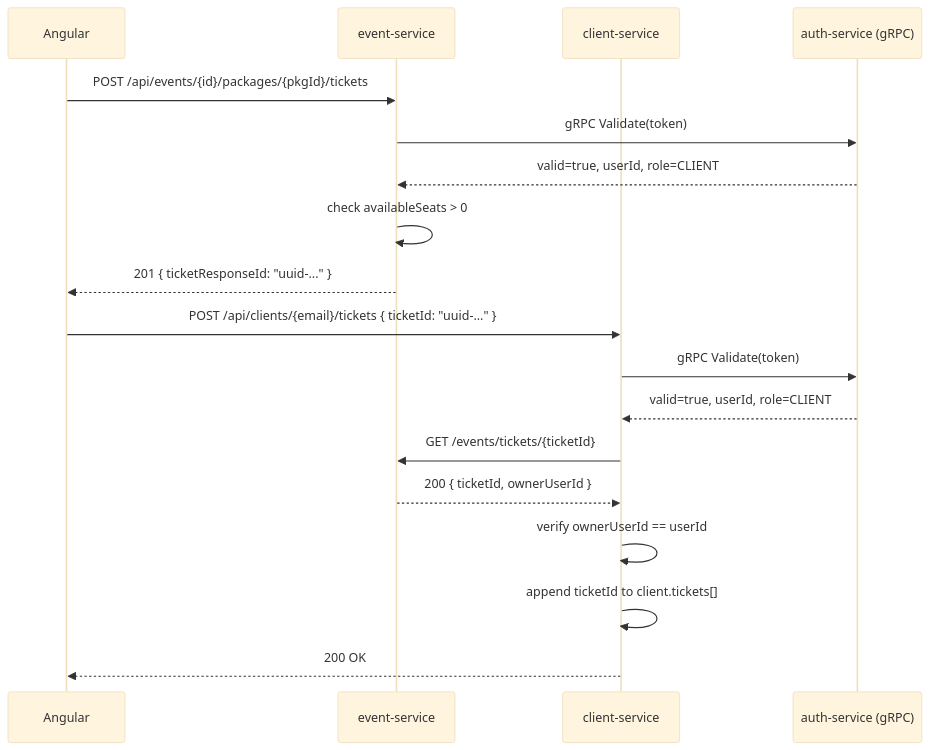
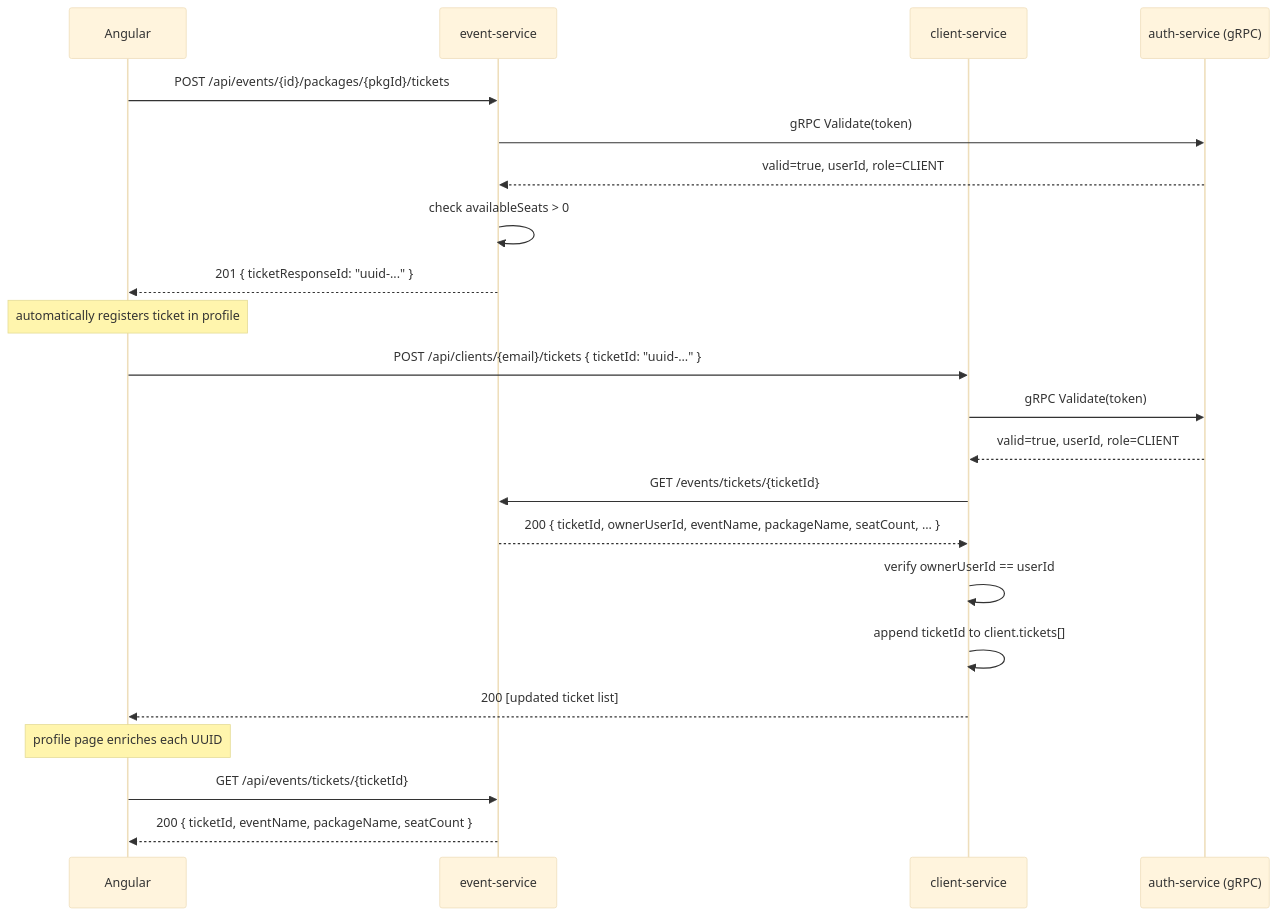
The second of 3 diagrams in README.md (VladLunca/event-platform), drawn with Mermaid (base theme) before and after one commit. The commit also changed other lines of this file, not shown here.

````diff
--- a/README.md
+++ b/README.md
@@ -89,22 +89,29 @@
 ```mermaid
 sequenceDiagram
     participant A as Angular
     participant ES as event-service
     participant CS as client-service
     participant AS as auth-service (gRPC)
 
     A->>ES: POST /api/events/{id}/packages/{pkgId}/tickets
     ES->>AS: gRPC Validate(token)
     AS-->>ES: valid=true, userId, role=CLIENT
     ES->>ES: check availableSeats > 0
     ES-->>A: 201 { ticketResponseId: "uuid-..." }
 
+    Note over A: automatically registers ticket in profile
+
     A->>CS: POST /api/clients/{email}/tickets { ticketId: "uuid-..." }
     CS->>AS: gRPC Validate(token)
     AS-->>CS: valid=true, userId, role=CLIENT
     CS->>ES: GET /events/tickets/{ticketId}
-    ES-->>CS: 200 { ticketId, ownerUserId }
+    ES-->>CS: 200 { ticketId, ownerUserId, eventName, packageName, seatCount, ... }
     CS->>CS: verify ownerUserId == userId
     CS->>CS: append ticketId to client.tickets[]
-    CS-->>A: 200 OK
+    CS-->>A: 200 [updated ticket list]
+
+    Note over A: profile page enriches each UUID
+
+    A->>ES: GET /api/events/tickets/{ticketId}
+    ES-->>A: 200 { ticketId, eventName, packageName, seatCount }
 ```
````
